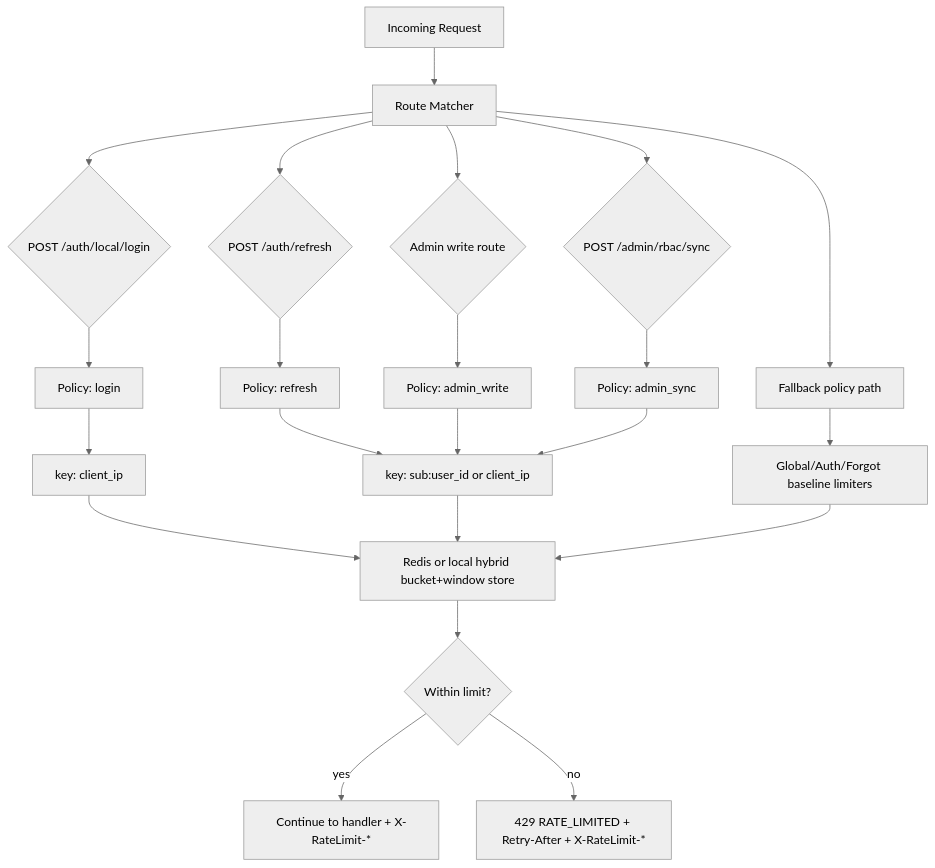
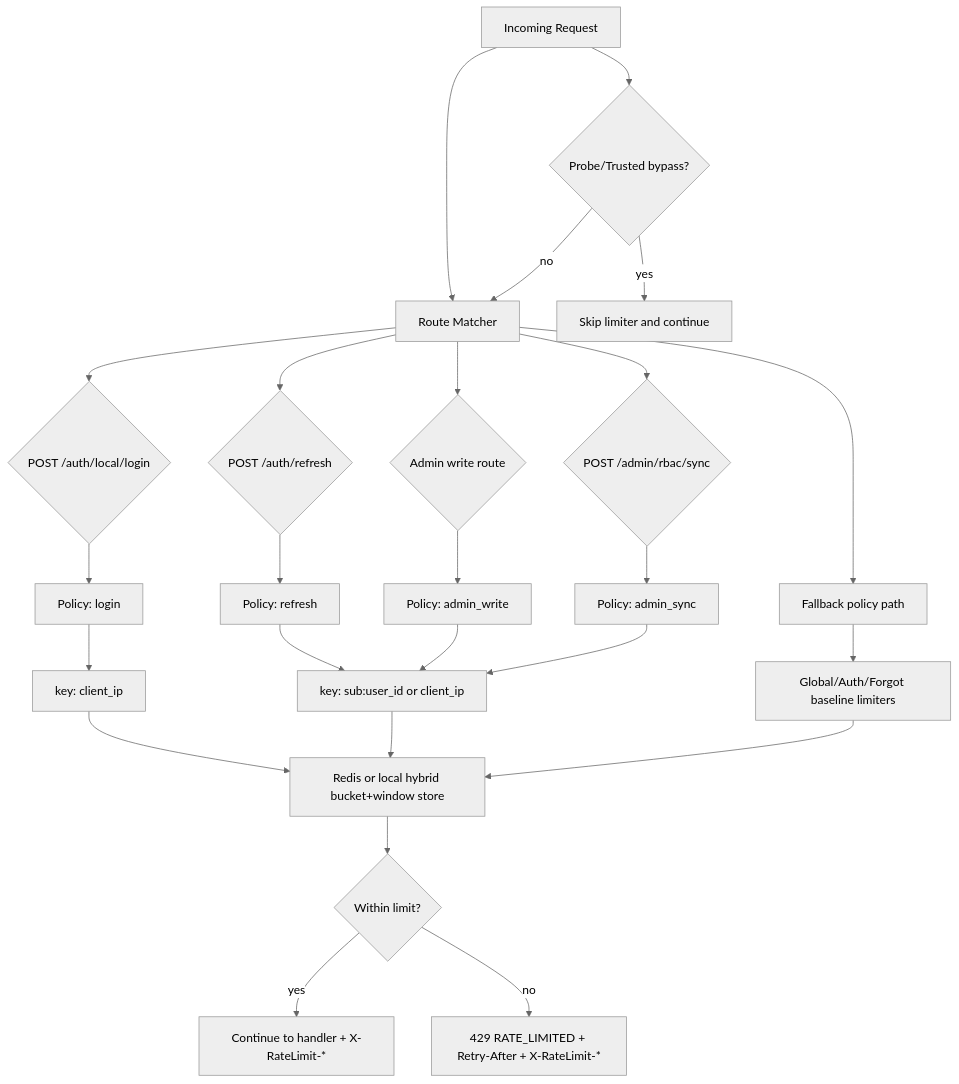
One commit to sandeepkv93/everything-backend-starter-kit changed the diagram in docs/diagrams/route-rate-limit-policy-map-flow.mmd. Above: the diagram before and after it, drawn with Mermaid (neutral theme). The commit also changed 16 other files, not shown here.

Commit message:
feat: add trusted bypass controls for probes and system actors

```diff
--- a/docs/diagrams/route-rate-limit-policy-map-flow.mmd
+++ b/docs/diagrams/route-rate-limit-policy-map-flow.mmd
@@ -1,26 +1,29 @@
 flowchart TD
     Req[Incoming Request] --> Match[Route Matcher]
+    Req --> Bypass{Probe/Trusted bypass?}
+    Bypass -->|yes| PassBypass[Skip limiter and continue]
+    Bypass -->|no| Match
 
     Match --> Login{POST /auth/local/login}
     Match --> Refresh{POST /auth/refresh}
     Match --> AdminWrite{Admin write route}
     Match --> AdminSync{POST /admin/rbac/sync}
     Match --> Default[Fallback policy path]
 
     Login --> P1[Policy: login]
     Refresh --> P2[Policy: refresh]
     AdminWrite --> P3[Policy: admin_write]
     AdminSync --> P4[Policy: admin_sync]
     Default --> P0[Global/Auth/Forgot baseline limiters]
 
     P1 --> KeyIP[key: client_ip]
     P2 --> KeySubOrIP[key: sub:user_id or client_ip]
     P3 --> KeySubOrIP
     P4 --> KeySubOrIP
 
     KeyIP --> Store[Redis or local hybrid bucket+window store]
     KeySubOrIP --> Store
     P0 --> Store
     Store --> Decision{Within limit?}
     Decision -->|yes| Pass[Continue to handler + X-RateLimit-*]
     Decision -->|no| Throttle[429 RATE_LIMITED + Retry-After + X-RateLimit-*]
```
